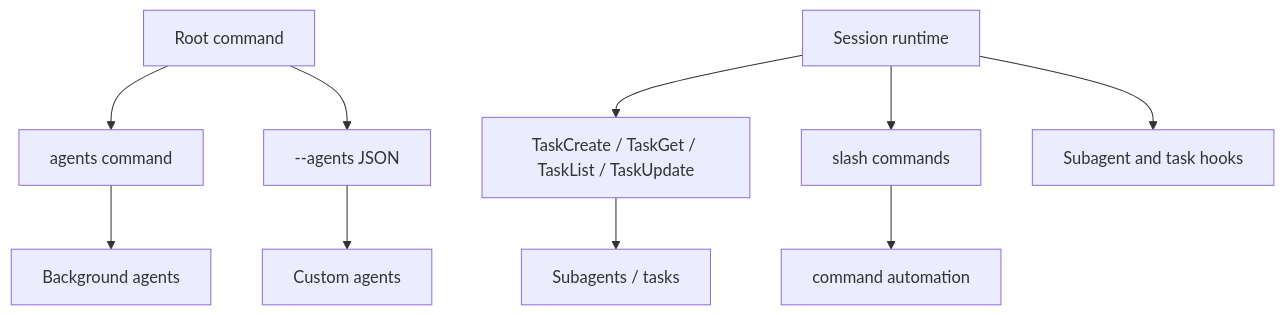
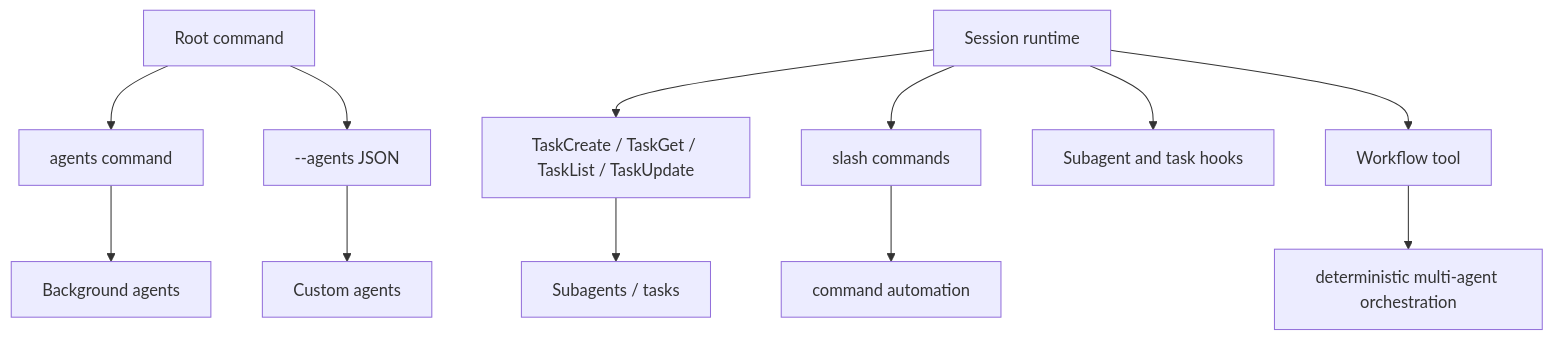
One commit to vibewatch/claude-code-internals changed the diagram in docs/06-agents-automation/README.md. Above: the diagram before and after it, drawn with Mermaid. The commit also changed other lines of this file and 59 other files, not shown here.

````diff
--- a/docs/06-agents-automation/README.md
+++ b/docs/06-agents-automation/README.md
@@ -18,12 +18,14 @@
 ```mermaid
 flowchart TD
     Root[Root command] --> AgentsCmd[agents command]
     Root --> AgentsFlag[--agents JSON]
     Runtime[Session runtime] --> TaskTools[TaskCreate / TaskGet / TaskList / TaskUpdate]
     Runtime --> Slash[slash commands]
     Runtime --> Hooks[Subagent and task hooks]
     AgentsFlag --> Custom[Custom agents]
     AgentsCmd --> Background[Background agents]
     TaskTools --> Subagents[Subagents / tasks]
     Slash --> Automation[command automation]
+    Runtime --> Workflow[Workflow tool]
+    Workflow --> Orchestration[deterministic multi-agent orchestration]
 ```
````
